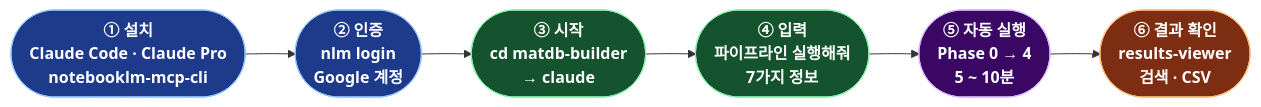
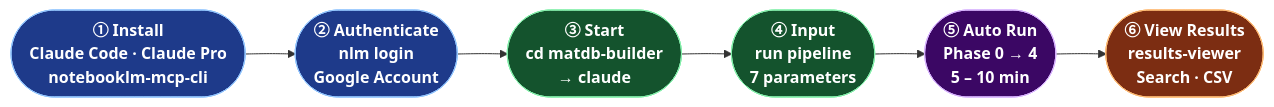
Before and after one commit to dudtjq414/matdb-builder: the first of 2 diagrams in README.md, drawn with Mermaid. The commit also changed other lines of this file and 2 other files, not shown here.

First line of the commit message:
docs: 영어 지원 추가 — 다이어그램 영어 전환 및 bilingual 문서화

````diff
--- a/README.md
+++ b/README.md
@@ -12,16 +12,16 @@
 ```mermaid
 flowchart LR
     classDef prep fill:#1e3a8a,stroke:#93c5fd,color:#fff,font-weight:bold
     classDef run  fill:#14532d,stroke:#86efac,color:#fff,font-weight:bold
     classDef auto fill:#3b0764,stroke:#d8b4fe,color:#fff,font-weight:bold
     classDef out  fill:#7c2d12,stroke:#fdba74,color:#fff,font-weight:bold
 
-    A(["① 설치\nClaude Code · Claude Pro\nnotebooklm-mcp-cli"]):::prep
-    B(["② 인증\nnlm login\nGoogle 계정"]):::prep
-    C(["③ 시작\ncd matdb-builder\n→ claude"]):::run
-    D(["④ 입력\n파이프라인 실행해줘\n7가지 정보"]):::run
-    E(["⑤ 자동 실행\nPhase 0 → 4\n5 ~ 10분"]):::auto
-    F(["⑥ 결과 확인\nresults-viewer\n검색 · CSV"]):::out
+    A(["① Install\nClaude Code · Claude Pro\nnotebooklm-mcp-cli"]):::prep
+    B(["② Authenticate\nnlm login\nGoogle Account"]):::prep
+    C(["③ Start\ncd matdb-builder\n→ claude"]):::run
+    D(["④ Input\nrun pipeline\n7 parameters"]):::run
+    E(["⑤ Auto Run\nPhase 0 → 4\n5 – 10 min"]):::auto
+    F(["⑥ View Results\nresults-viewer\nSearch · CSV"]):::out
 
     A --> B --> C --> D --> E --> F
 ```
````
